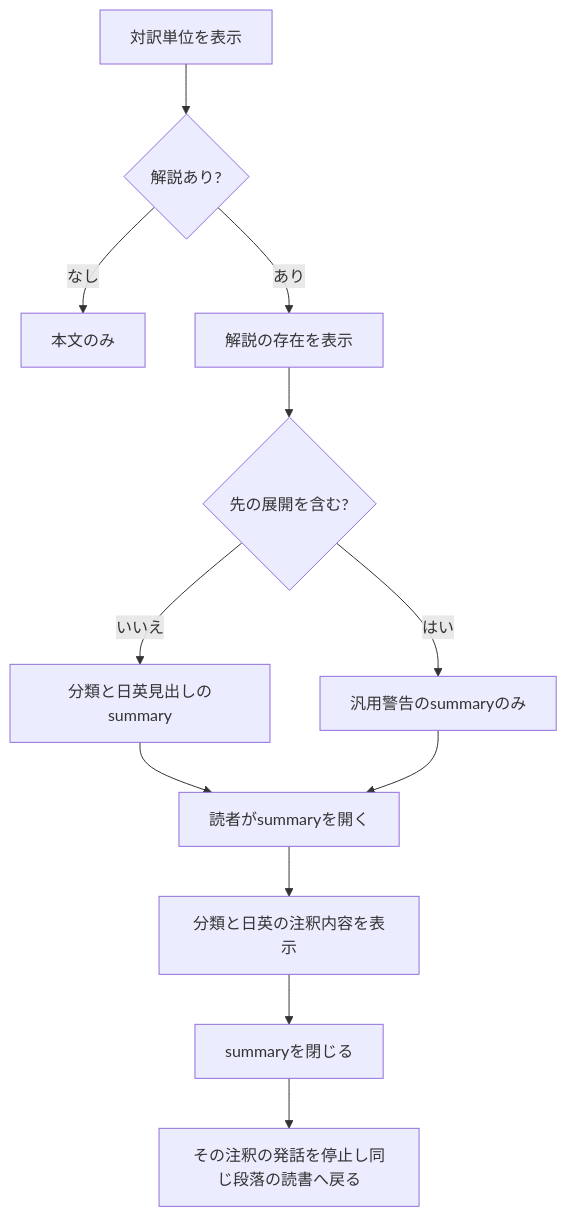
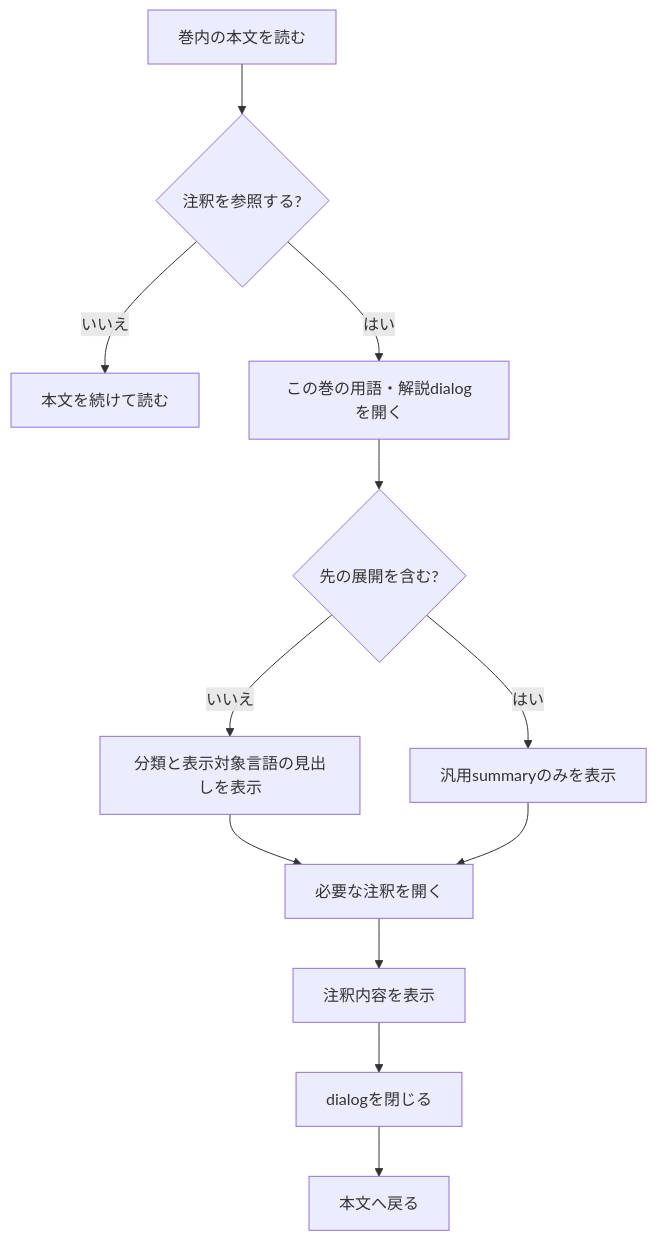
One commit to hogehonya/homer-reader changed the fourth of 8 diagrams in FLOW.md. Above: the diagram before and after it, drawn with Mermaid. The commit also changed other lines of this file and 21 other files, not shown here.

````diff
--- a/FLOW.md
+++ b/FLOW.md
@@ -58,14 +58,14 @@
 ```mermaid
 flowchart TD
-    A[対訳単位を表示] --> B{解説あり?}
-    B -->|なし| C[本文のみ]
-    B -->|あり| D[解説の存在を表示]
+    A[巻内の本文を読む] --> B{注釈を参照する?}
+    B -->|いいえ| C[本文を続けて読む]
+    B -->|はい| D[この巻の用語・解説dialogを開く]
     D --> F{先の展開を含む?}
-    F -->|いいえ| G[分類と日英見出しのsummary]
-    F -->|はい| H[汎用警告のsummaryのみ]
-    G --> I[読者がsummaryを開く]
+    F -->|いいえ| G[分類と表示対象言語の見出しを表示]
+    F -->|はい| H[汎用summaryのみを表示]
+    G --> I[必要な注釈を開く]
     H --> I
-    I --> J[分類と日英の注釈内容を表示]
-    J --> K[summaryを閉じる]
-    K --> L[その注釈の発話を停止し同じ段落の読書へ戻る]
+    I --> J[注釈内容を表示]
+    J --> K[dialogを閉じる]
+    K --> L[本文へ戻る]
 ```
````
